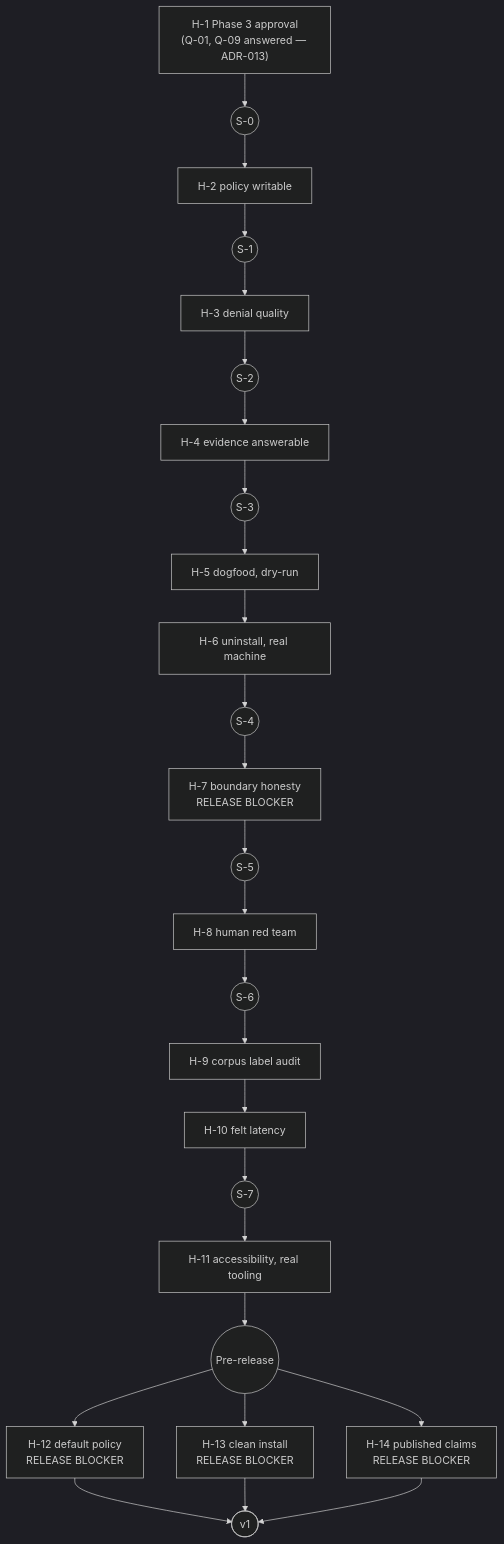
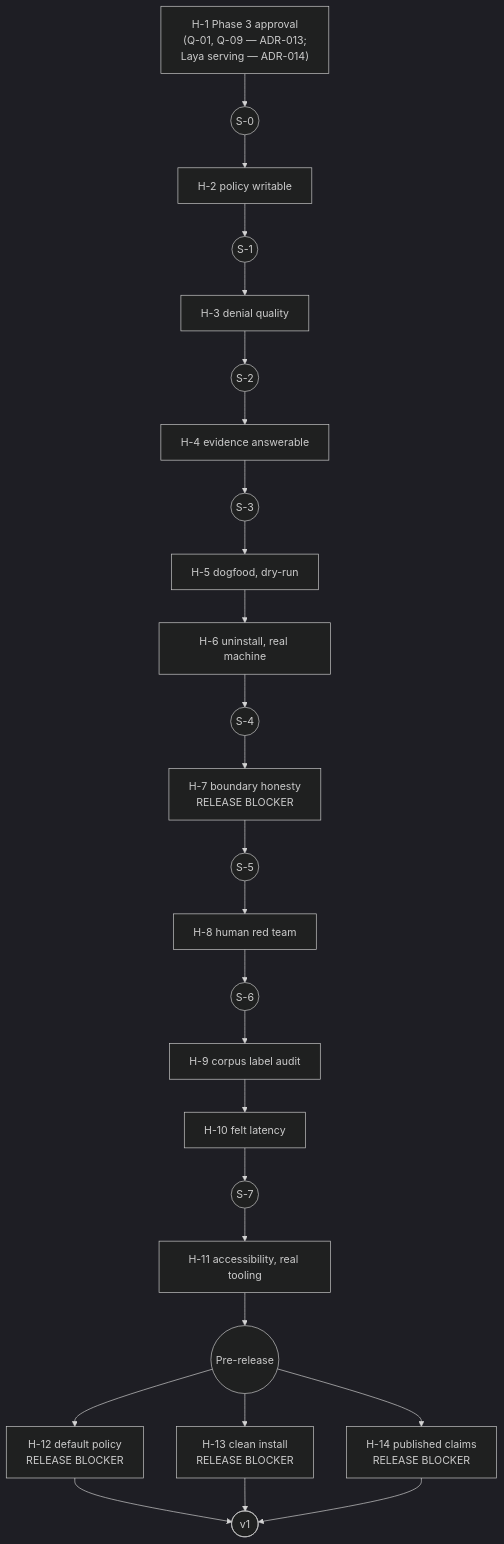
Before and after one commit to AriesNg/ai-guard-bot: the second of 2 diagrams in docs/07-implementation/implementation-plan.md, drawn with Mermaid (dark theme). The commit also changed other lines of this file and 12 other files, not shown here.

First line of the commit message:
docs: resolve Laya serving mechanism and ADR-011 item 7 wording

````diff
--- a/docs/07-implementation/implementation-plan.md
+++ b/docs/07-implementation/implementation-plan.md
@@ -324,19 +323,19 @@
 ```mermaid
 flowchart TD
-    H1["H-1 Phase 3 approval<br/>(Q-01, Q-09 answered — ADR-013)"] --> S0(("S-0"))
+    H1["H-1 Phase 3 approval<br/>(Q-01, Q-09 — ADR-013;<br/>Laya serving — ADR-014)"] --> S0(("S-0"))
     S0 --> H2["H-2 policy writable"]
     H2 --> S1(("S-1")) --> H3["H-3 denial quality"]
     H3 --> S2(("S-2")) --> H4["H-4 evidence answerable"]
     H4 --> S3(("S-3")) --> H5["H-5 dogfood, dry-run"] --> H6["H-6 uninstall, real machine"]
     H6 --> S4(("S-4")) --> H7["H-7 boundary honesty<br/>RELEASE BLOCKER"]
     H7 --> S5(("S-5")) --> H8["H-8 human red team"]
     H8 --> S6(("S-6")) --> H9["H-9 corpus label audit"] --> H10["H-10 felt latency"]
     H10 --> S7(("S-7")) --> H11["H-11 accessibility, real tooling"]
     H11 --> PRS(("Pre-release"))
     PRS --> H12["H-12 default policy<br/>RELEASE BLOCKER"]
     PRS --> H13["H-13 clean install<br/>RELEASE BLOCKER"]
     PRS --> H14["H-14 published claims<br/>RELEASE BLOCKER"]
     H12 --> REL(["v1"])
     H13 --> REL
     H14 --> REL
 ```
````
